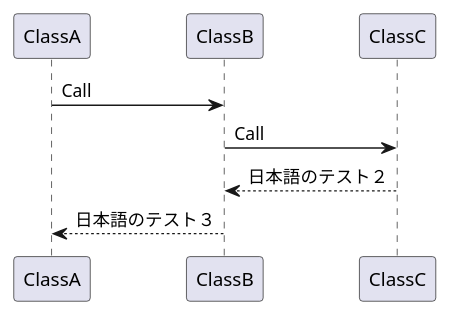
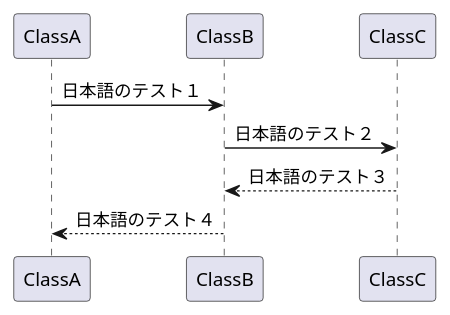
One commit to h1romas4/asciidoctor-gradle-template changed the first of 3 diagrams in src/docs/asciidoc/Chapter03/index.adoc. Above: the diagram before and after it, drawn with PlantUML. The commit also changed other lines of this file and 10 other files, not shown here.

Commit message:
add diagram example

```diff
--- a/src/docs/asciidoc/Chapter03/index.adoc
+++ b/src/docs/asciidoc/Chapter03/index.adoc
@@ -199,9 +207,9 @@
-[plantuml, diag-sequence-sample, svg]
+[plantuml, diag-sequence-sample1, svg]
 ----
 @startuml
-ClassA -> ClassB: Call
-ClassB -> ClassC: Call
-ClassC --> ClassB: 日本語のテスト２
-ClassB --> ClassA: 日本語のテスト３
+ClassA -> ClassB: 日本語のテスト１
+ClassB -> ClassC: 日本語のテスト２
+ClassC --> ClassB: 日本語のテスト３
+ClassB --> ClassA: 日本語のテスト４
 @enduml
 ----
```
